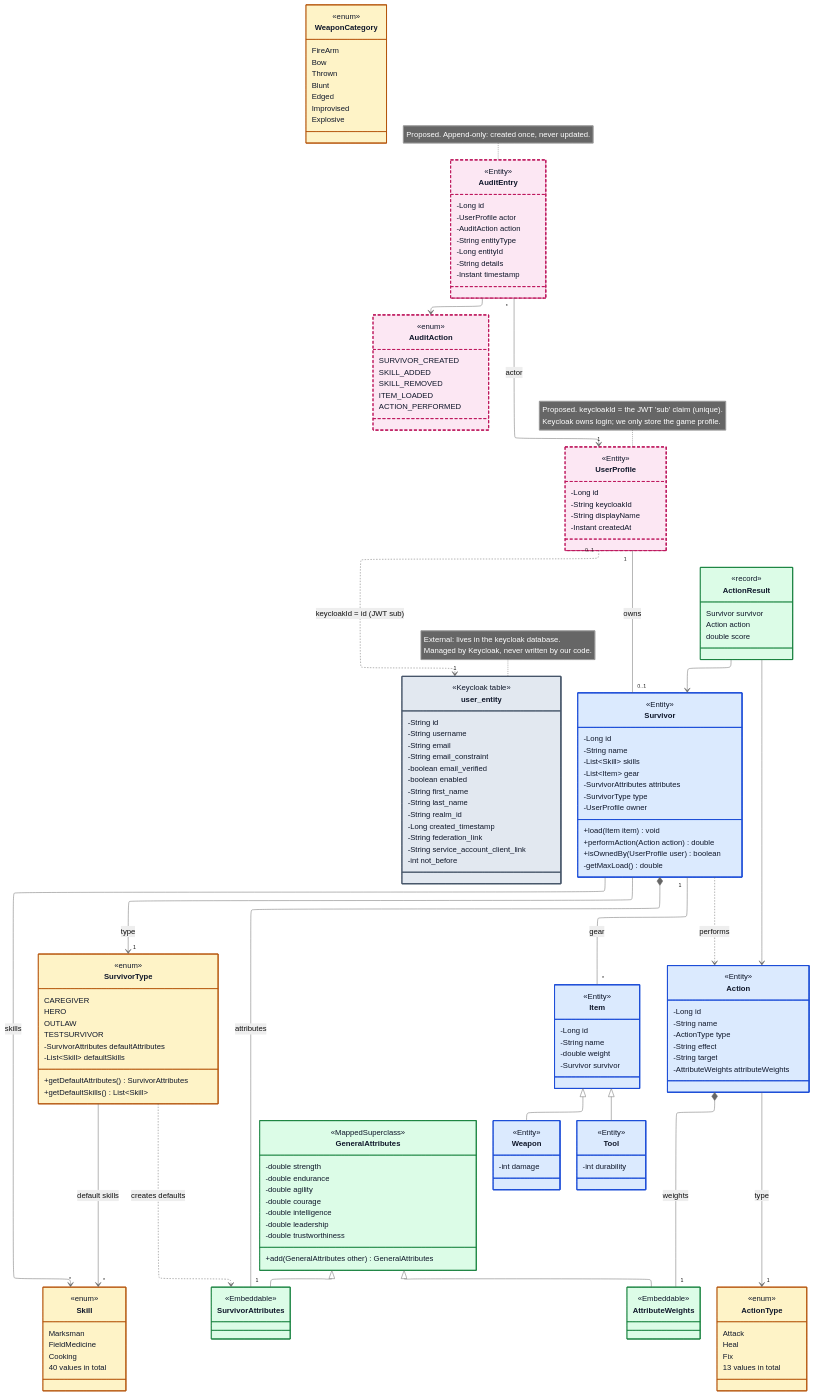
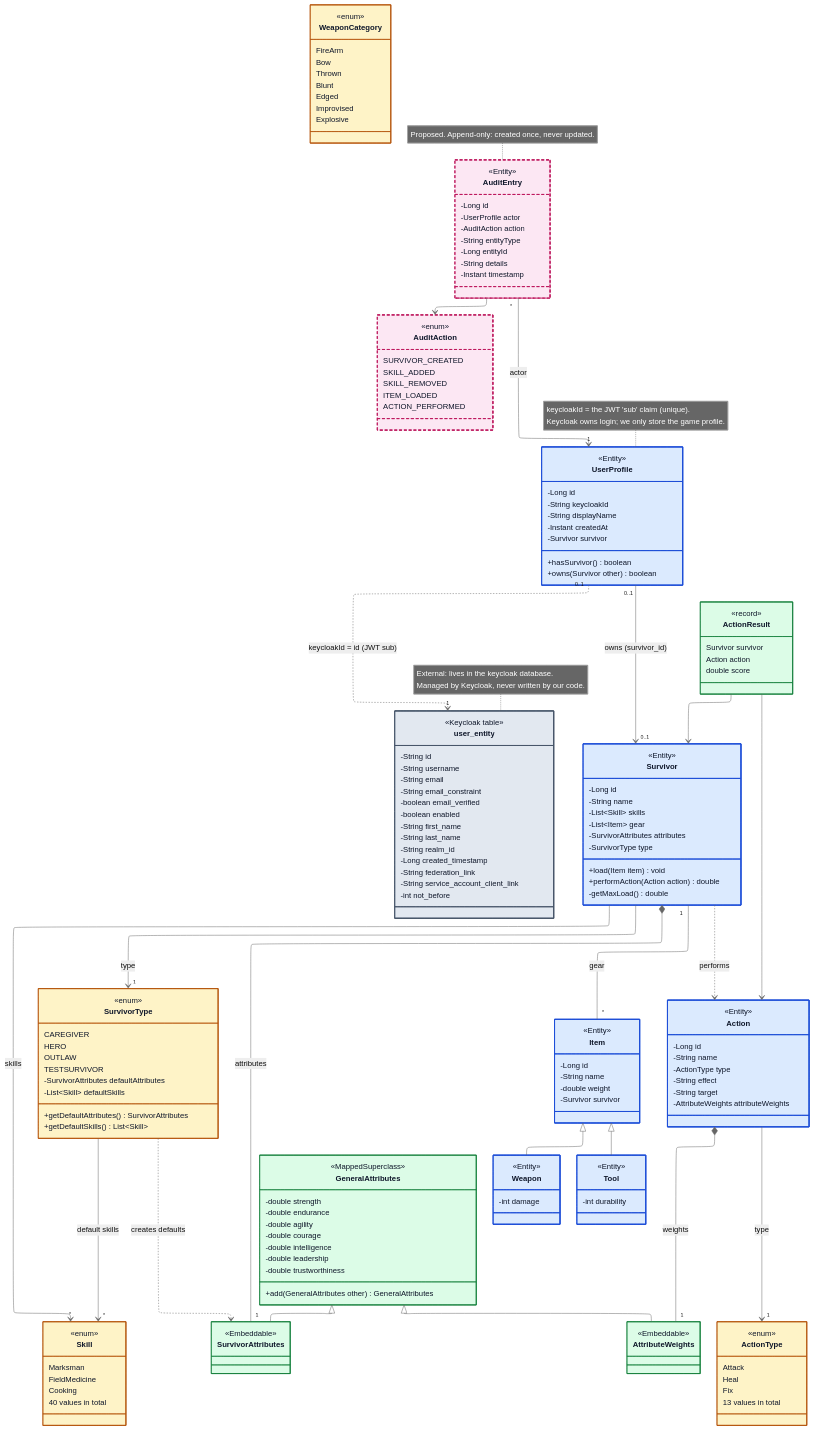
Before and after one commit to deanvons/ZombieApocolypseJavaEdition: the diagram in shared docs/class-diagram.md, drawn with Mermaid. The commit also changed other lines of this file and 13 other files, not shown here.

```diff
--- a/shared docs/class-diagram.md
+++ b/shared docs/class-diagram.md
@@ -38,8 +38,11 @@
         -String keycloakId
         -String displayName
         -Instant createdAt
+        -Survivor survivor
+        +hasSurvivor() boolean
+        +owns(Survivor other) boolean
     }
-    note for UserProfile "Proposed. keycloakId = the JWT 'sub' claim (unique).<br>Keycloak owns login; we only store the game profile."
+    note for UserProfile "keycloakId = the JWT 'sub' claim (unique).<br>Keycloak owns login; we only store the game profile."
 
     class AuditEntry {
         <<Entity>>
@@ -71,10 +74,8 @@
         -List~Item~ gear
         -SurvivorAttributes attributes
         -SurvivorType type
-        -UserProfile owner
         +load(Item item) void
         +performAction(Action action) double
-        +isOwnedBy(UserProfile user) boolean
         -getMaxLoad() double
     }
 
@@ -170,7 +171,7 @@
 
     %% ---------- Relationships ----------
     UserProfile "0..1" ..> "1" user_entity : keycloakId = id (JWT sub)
-    UserProfile "1" -- "0..1" Survivor : owns
+    UserProfile "0..1" --> "0..1" Survivor : owns (survivor_id)
     AuditEntry "*" --> "1" UserProfile : actor
     AuditEntry --> AuditAction
 
@@ -211,7 +212,7 @@
     style ActionType fill:#fef3c7,stroke:#b45309,stroke-width:1.5px,color:#0f172a
     style WeaponCategory fill:#fef3c7,stroke:#b45309,stroke-width:1.5px,color:#0f172a
     %% proposed
-    style UserProfile fill:#fce7f3,stroke:#be185d,stroke-width:2px,stroke-dasharray:6 4,color:#0f172a
+    style UserProfile fill:#dbeafe,stroke:#1d4ed8,stroke-width:2px,color:#0f172a
     style AuditEntry fill:#fce7f3,stroke:#be185d,stroke-width:2px,stroke-dasharray:6 4,color:#0f172a
     style AuditAction fill:#fce7f3,stroke:#be185d,stroke-width:2px,stroke-dasharray:6 4,color:#0f172a
     %% external
```
